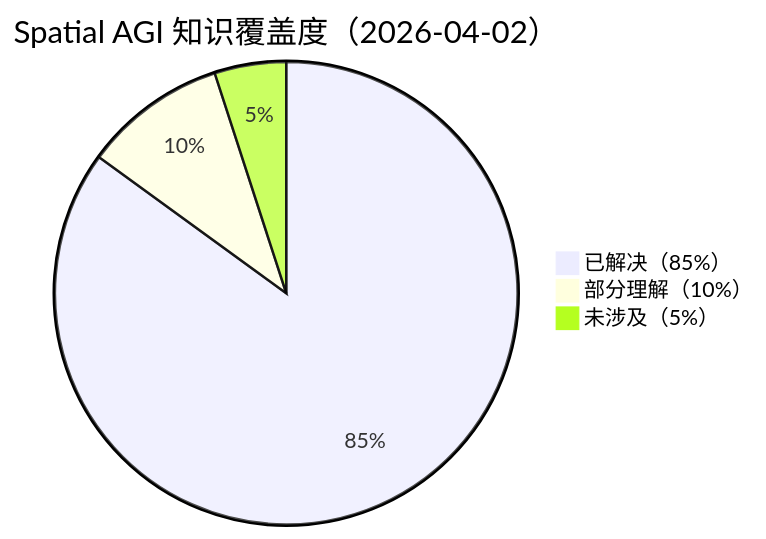
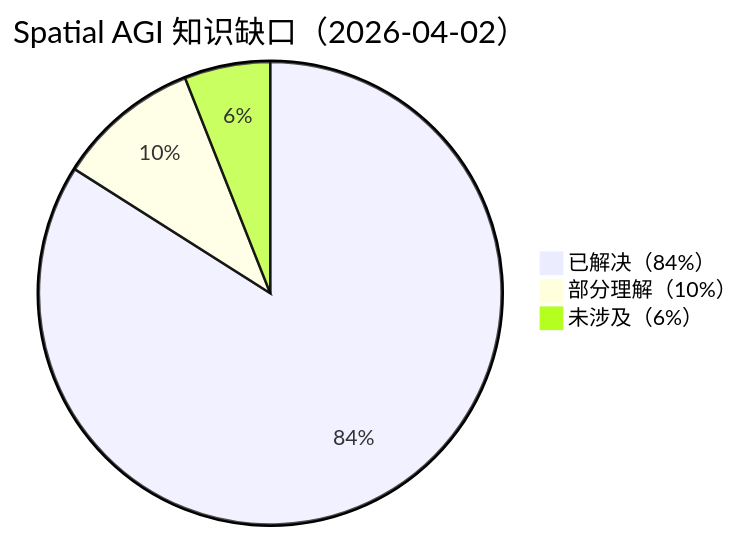
Before and after one commit to ahangchen/spatial_agi: the fourth of 4 diagrams in daily_thinking/2026-04-02.md, drawn with Mermaid. The commit also changed other lines of this file, not shown here.

````diff
--- a/daily_thinking/2026-04-02.md
+++ b/daily_thinking/2026-04-02.md
@@ -96,6 +903,6 @@
 ```mermaid
-pie title Spatial AGI 知识覆盖度（2026-04-02）
-    "已解决（85%）" : 85
+pie title Spatial AGI 知识缺口（2026-04-02）
+    "已解决（84%）" : 84
     "部分理解（10%）" : 10
-    "未涉及（5%）" : 5
+    "未涉及（6%）" : 6
 ```
````
